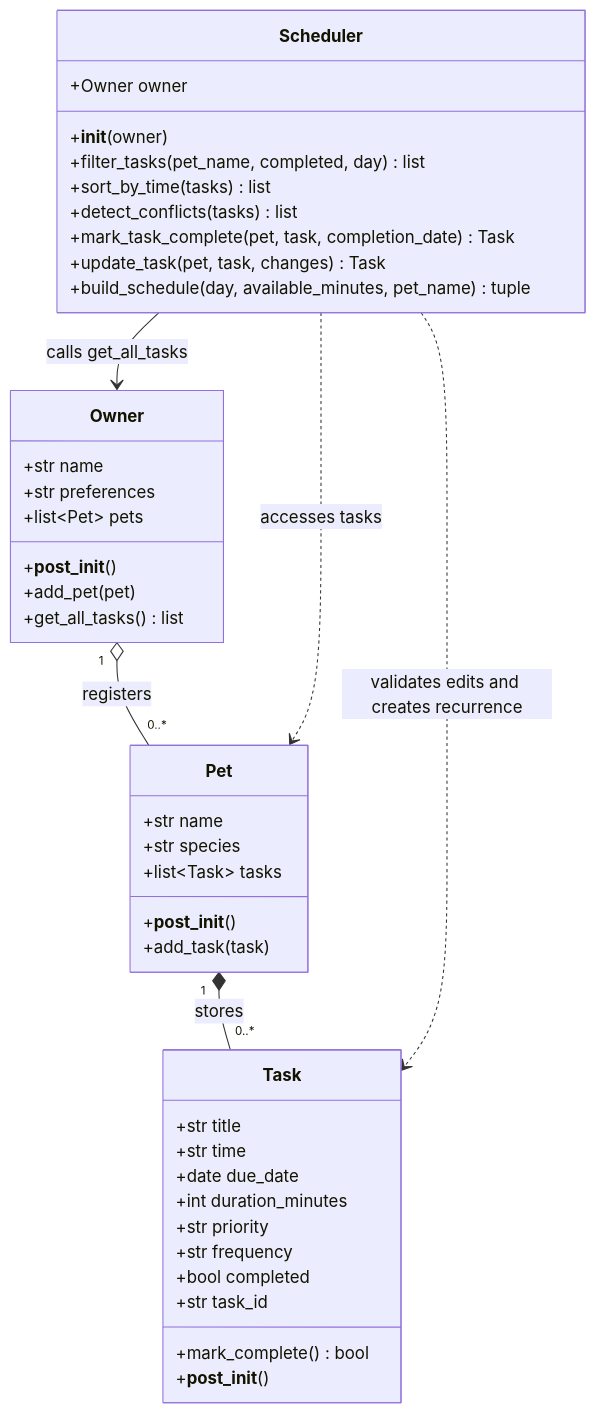
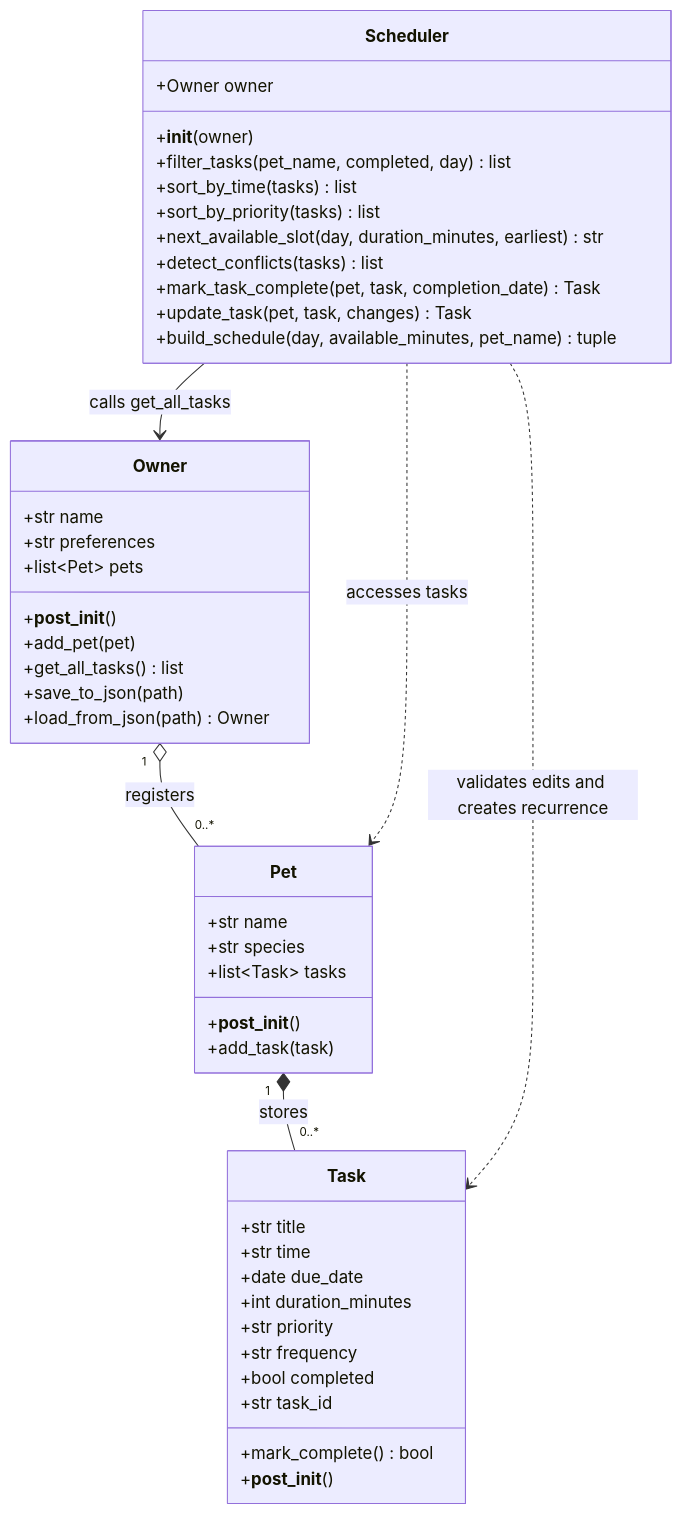
Before and after one commit to sshah60/ai110-module2show-pawpal-starter: the diagram in diagrams/uml_final.mmd, drawn with Mermaid. The commit also changed 13 other files, not shown here.

Commit message:
Add JSON persistence, free-slot search, priority ordering, and polished output

```diff
--- a/diagrams/uml_final.mmd
+++ b/diagrams/uml_final.mmd
@@ -1,43 +1,47 @@
 classDiagram
     class Owner {
         +str name
         +str preferences
         +list~Pet~ pets
         +__post_init__()
         +add_pet(pet)
         +get_all_tasks() list
+        +save_to_json(path)
+        +load_from_json(path) Owner
     }
     class Pet {
         +str name
         +str species
         +list~Task~ tasks
         +__post_init__()
         +add_task(task)
     }
     class Task {
         +str title
         +str time
         +date due_date
         +int duration_minutes
         +str priority
         +str frequency
         +bool completed
         +str task_id
         +mark_complete() bool
         +__post_init__()
     }
     class Scheduler {
         +Owner owner
         +__init__(owner)
         +filter_tasks(pet_name, completed, day) list
         +sort_by_time(tasks) list
+        +sort_by_priority(tasks) list
+        +next_available_slot(day, duration_minutes, earliest) str
         +detect_conflicts(tasks) list
         +mark_task_complete(pet, task, completion_date) Task
         +update_task(pet, task, changes) Task
         +build_schedule(day, available_minutes, pet_name) tuple
     }
     Owner "1" o-- "0..*" Pet : registers
     Pet "1" *-- "0..*" Task : stores
     Scheduler --> Owner : calls get_all_tasks
     Scheduler ..> Pet : accesses tasks
     Scheduler ..> Task : validates edits and creates recurrence
```
